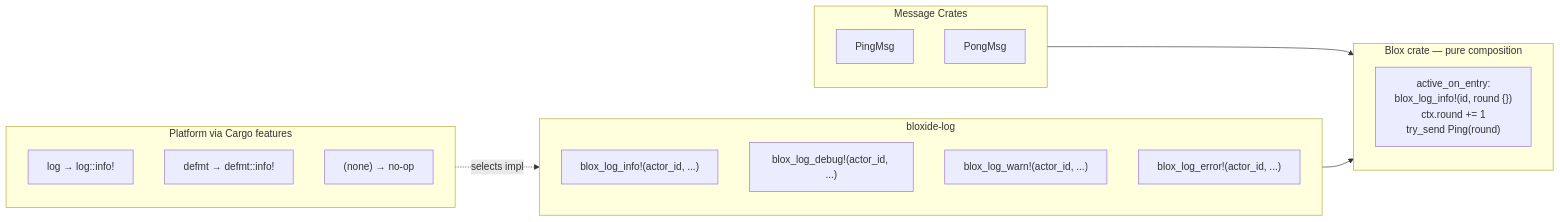
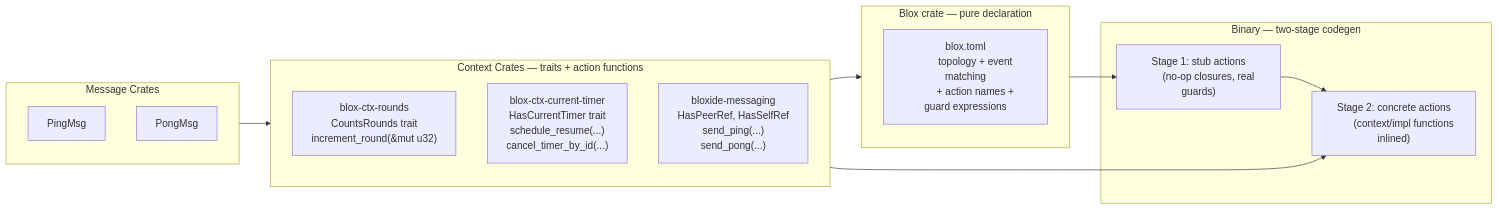
Before and after one commit to bloxide-com/bloxide: the diagram in spec/architecture/06-actions.md, drawn with Mermaid. The commit also changed other lines of this file and 6 other files, not shown here.

````diff
--- a/spec/architecture/06-actions.md
+++ b/spec/architecture/06-actions.md
@@ -22,28 +19,40 @@
 ```mermaid
 flowchart LR
     subgraph msg_crates [Message Crates]
         PingMsg
         PongMsg
     end
 
-    subgraph bloxide_log [bloxide-log]
-        log_info["blox_log_info!(actor_id, ...)"]
-        log_debug["blox_log_debug!(actor_id, ...)"]
-        log_warn["blox_log_warn!(actor_id, ...)"]
-        log_error["blox_log_error!(actor_id, ...)"]
+    subgraph ctx_crates [Context Crates — traits + action functions]
+        Rounds["blox-ctx-rounds
+        CountsRounds trait
+        increment_round(&mut u32)"]
+        Timer["blox-ctx-current-timer
+        HasCurrentTimer trait
+        schedule_resume(...)
+        cancel_timer_by_id(...)"]
+        Msg["bloxide-messaging
+        HasPeerRef, HasSelfRef
+        send_ping(...)
+        send_pong(...)"]
     end
 
-    subgraph blox [Blox crate — pure composition]
-        Handler["active_on_entry:\n  blox_log_info!(id, round {})\n  ctx.round += 1\n  try_send Ping(round)"]
+    subgraph blox [Blox crate — pure declaration]
+        Topology["blox.toml
+        topology + event matching
+        + action names + guard expressions"]
     end
 
-    subgraph platform [Platform via Cargo features]
-        log_backend["log → log::info!"]
-        defmt["defmt → defmt::info!"]
-        noop["(none) → no-op"]
+    subgraph binary [Binary — two-stage codegen]
+        Stubs["Stage 1: stub actions
+        (no-op closures, real guards)"]
+        Concrete["Stage 2: concrete actions
+        (context/impl functions inlined)"]
     end
 
-    msg_crates --> blox
-    bloxide_log --> blox
-    platform -. "selects impl" .-> bloxide_log
+    msg_crates --> ctx_crates
+    ctx_crates --> blox
+    blox --> Stubs
+    ctx_crates --> Concrete
+    Stubs --> Concrete
 ```
````
